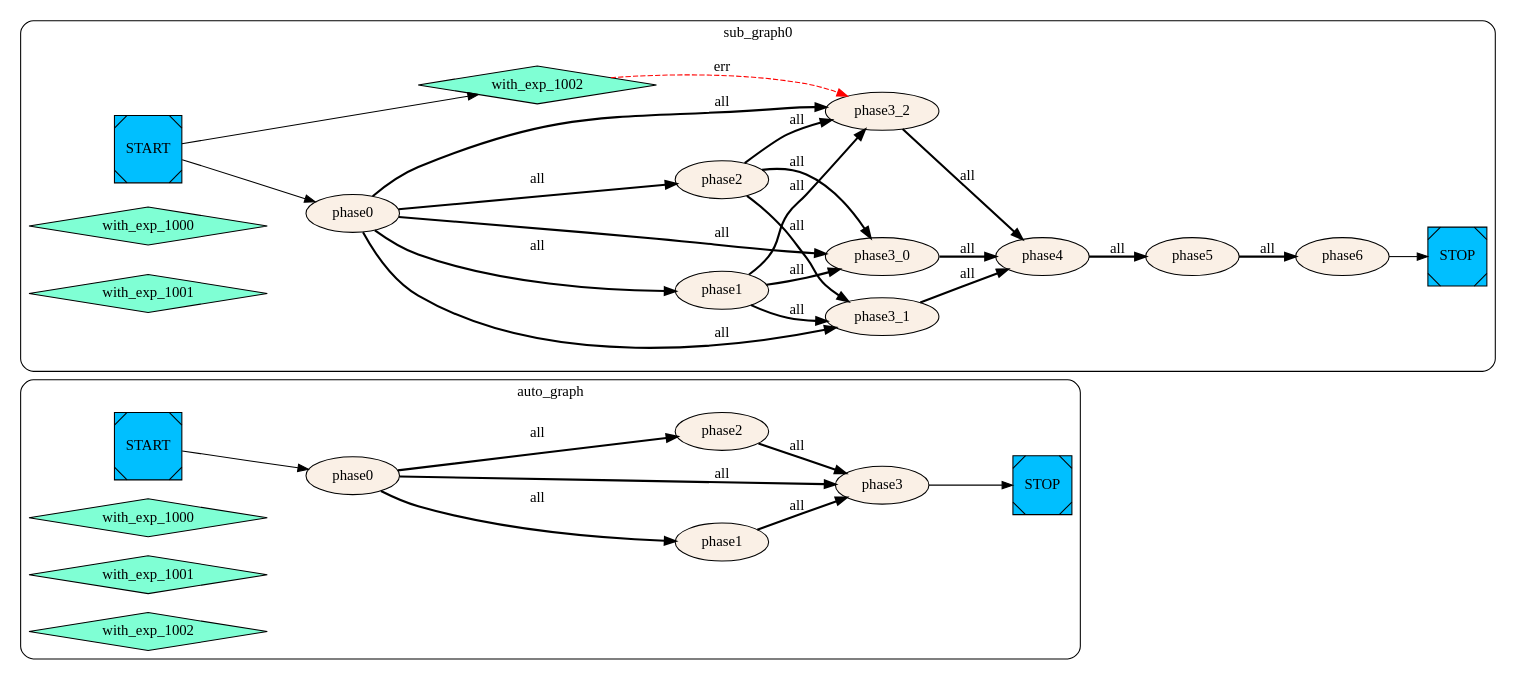
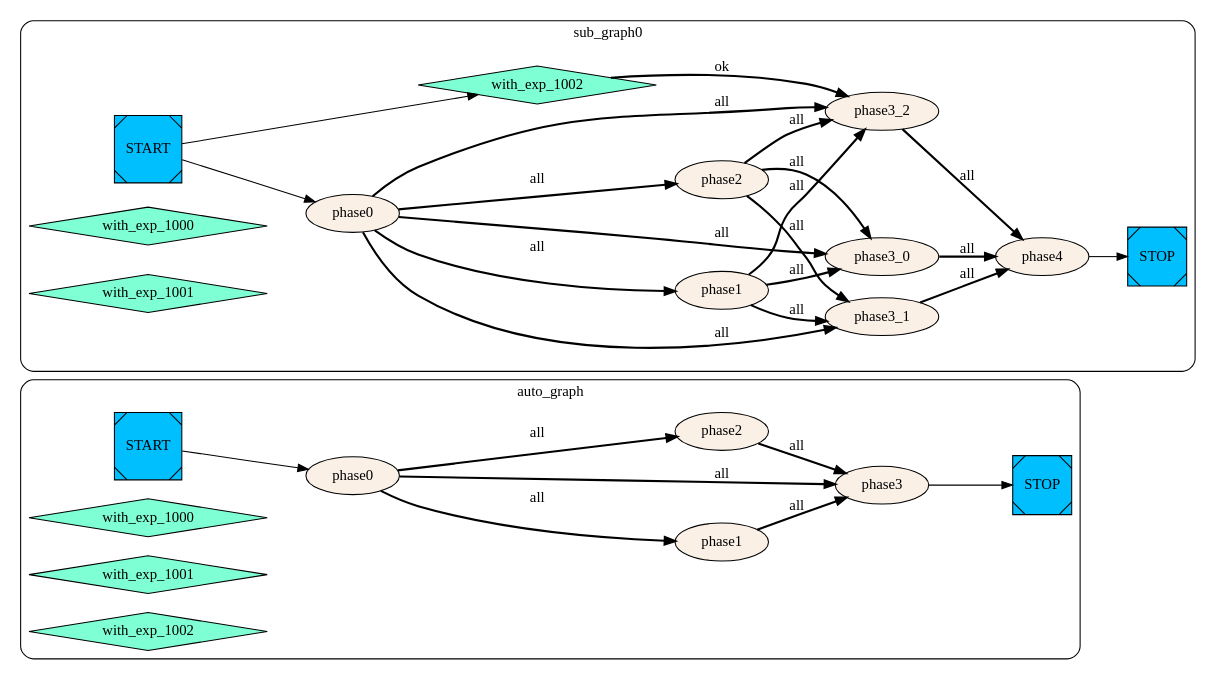
The diagram in didagle/example/example3.toml.dot (yinqiwen/myctk), drawn with Graphviz before and after one commit. The commit also changed 46 other files, not shown here.

```diff
--- a/didagle/example/example3.toml.dot
+++ b/didagle/example/example3.toml.dot
@@ -1,59 +1,57 @@
 digraph G {
     rankdir=LR;
   subgraph cluster_auto_graph{
     style = rounded;
     label = "auto_graph";
     auto_graph__START__[color=black fillcolor=deepskyblue style=filled shape=Msquare label="START"];
     auto_graph__STOP__[color=black fillcolor=deepskyblue style=filled shape=Msquare label="STOP"];
     auto_graph_phase0 [label="phase0" color=black fillcolor=linen style=filled];
     auto_graph_phase3 [label="phase3" color=black fillcolor=linen style=filled];
     auto_graph_phase2 [label="phase2" color=black fillcolor=linen style=filled];
     auto_graph_phase1 [label="phase1" color=black fillcolor=linen style=filled];
     auto_graph_with_exp_1000 [label="with_exp_1000" shape=diamond color=black fillcolor=aquamarine style=filled];
     auto_graph_with_exp_1001 [label="with_exp_1001" shape=diamond color=black fillcolor=aquamarine style=filled];
     auto_graph_with_exp_1002 [label="with_exp_1002" shape=diamond color=black fillcolor=aquamarine style=filled];
     auto_graph__START__ -> auto_graph_phase0;
-    auto_graph_phase3 -> auto_graph__STOP__    auto_graph_phase2 -> auto_graph_phase3 [style=bold label="all"];
+    auto_graph_phase3 -> auto_graph__STOP__;
+    auto_graph_phase2 -> auto_graph_phase3 [style=bold label="all"];
     auto_graph_phase0 -> auto_graph_phase3 [style=bold label="all"];
     auto_graph_phase1 -> auto_graph_phase3 [style=bold label="all"];
     auto_graph_phase0 -> auto_graph_phase2 [style=bold label="all"];
     auto_graph_phase0 -> auto_graph_phase1 [style=bold label="all"];
 };
   subgraph cluster_sub_graph0{
     style = rounded;
     label = "sub_graph0";
     sub_graph0__START__[color=black fillcolor=deepskyblue style=filled shape=Msquare label="START"];
     sub_graph0__STOP__[color=black fillcolor=deepskyblue style=filled shape=Msquare label="STOP"];
-    sub_graph0_phase6 [label="phase6" color=black fillcolor=linen style=filled];
-    sub_graph0_phase5 [label="phase5" color=black fillcolor=linen style=filled];
     sub_graph0_phase4 [label="phase4" color=black fillcolor=linen style=filled];
     sub_graph0_phase1 [label="phase1" color=black fillcolor=linen style=filled];
     sub_graph0_phase2 [label="phase2" color=black fillcolor=linen style=filled];
     sub_graph0_phase3_0 [label="phase3_0" color=black fillcolor=linen style=filled];
     sub_graph0_phase3_1 [label="phase3_1" color=black fillcolor=linen style=filled];
     sub_graph0_phase0 [label="phase0" color=black fillcolor=linen style=filled];
     sub_graph0_phase3_2 [label="phase3_2" color=black fillcolor=linen style=filled];
     sub_graph0_with_exp_1000 [label="with_exp_1000" shape=diamond color=black fillcolor=aquamarine style=filled];
     sub_graph0_with_exp_1001 [label="with_exp_1001" shape=diamond color=black fillcolor=aquamarine style=filled];
     sub_graph0_with_exp_1002 [label="with_exp_1002" shape=diamond color=black fillcolor=aquamarine style=filled];
-    sub_graph0_phase6 -> sub_graph0__STOP__    sub_graph0_phase5 -> sub_graph0_phase6 [style=bold label="all"];
-    sub_graph0_phase4 -> sub_graph0_phase5 [style=bold label="all"];
+    sub_graph0_phase4 -> sub_graph0__STOP__;
     sub_graph0_phase3_2 -> sub_graph0_phase4 [style=bold label="all"];
     sub_graph0_phase3_0 -> sub_graph0_phase4 [style=bold label="all"];
     sub_graph0_phase3_1 -> sub_graph0_phase4 [style=bold label="all"];
     sub_graph0_phase0 -> sub_graph0_phase1 [style=bold label="all"];
     sub_graph0_phase0 -> sub_graph0_phase2 [style=bold label="all"];
     sub_graph0_phase2 -> sub_graph0_phase3_0 [style=bold label="all"];
     sub_graph0_phase0 -> sub_graph0_phase3_0 [style=bold label="all"];
     sub_graph0_phase1 -> sub_graph0_phase3_0 [style=bold label="all"];
     sub_graph0_phase2 -> sub_graph0_phase3_1 [style=bold label="all"];
     sub_graph0_phase0 -> sub_graph0_phase3_1 [style=bold label="all"];
     sub_graph0_phase1 -> sub_graph0_phase3_1 [style=bold label="all"];
     sub_graph0__START__ -> sub_graph0_phase0;
-    sub_graph0_with_exp_1002 -> sub_graph0_phase3_2 [style=dashed color=red label="err"];
+    sub_graph0_with_exp_1002 -> sub_graph0_phase3_2 [style=bold label="ok"];
     sub_graph0__START__ -> sub_graph0_with_exp_1002;
     sub_graph0_phase2 -> sub_graph0_phase3_2 [style=bold label="all"];
     sub_graph0_phase0 -> sub_graph0_phase3_2 [style=bold label="all"];
     sub_graph0_phase1 -> sub_graph0_phase3_2 [style=bold label="all"];
 };
 }
```
